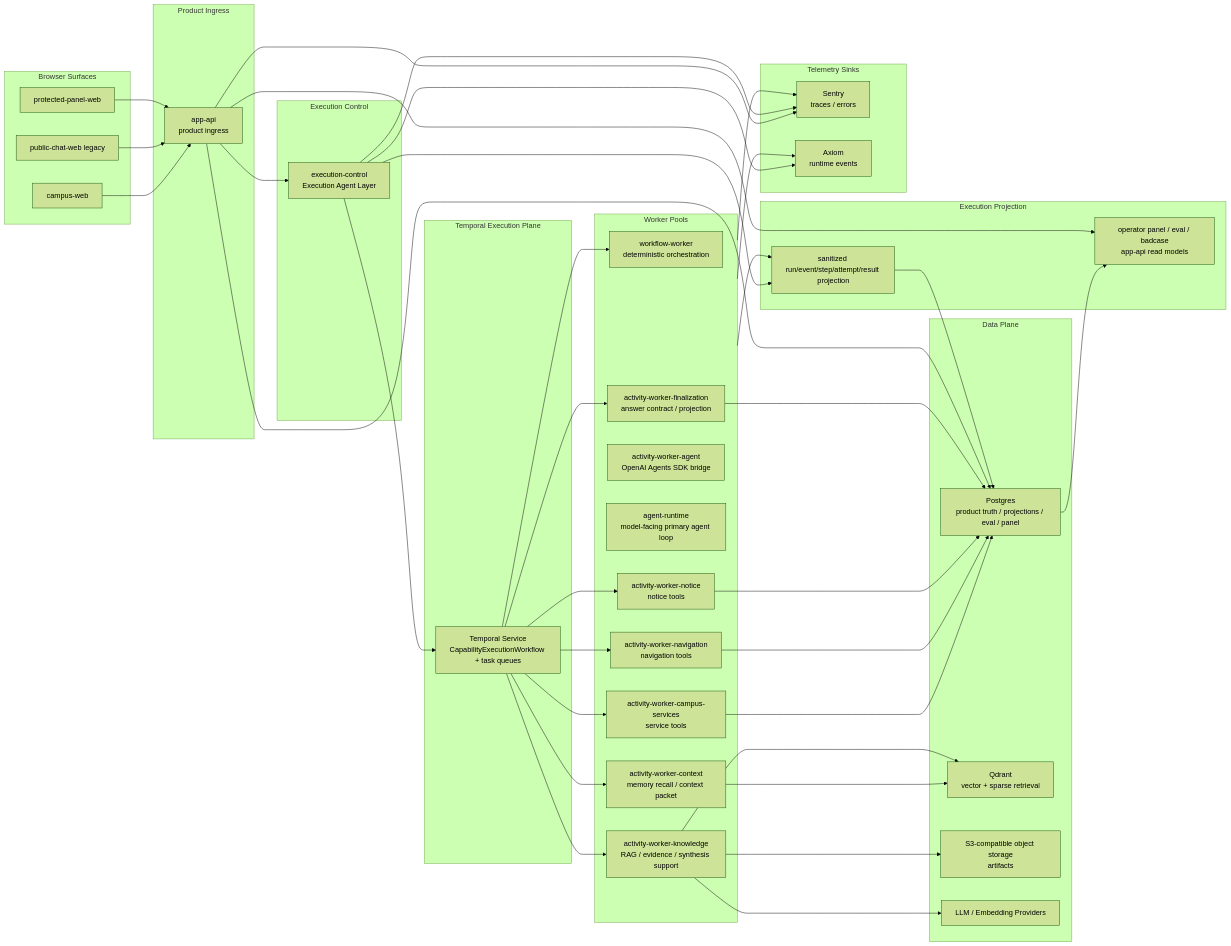
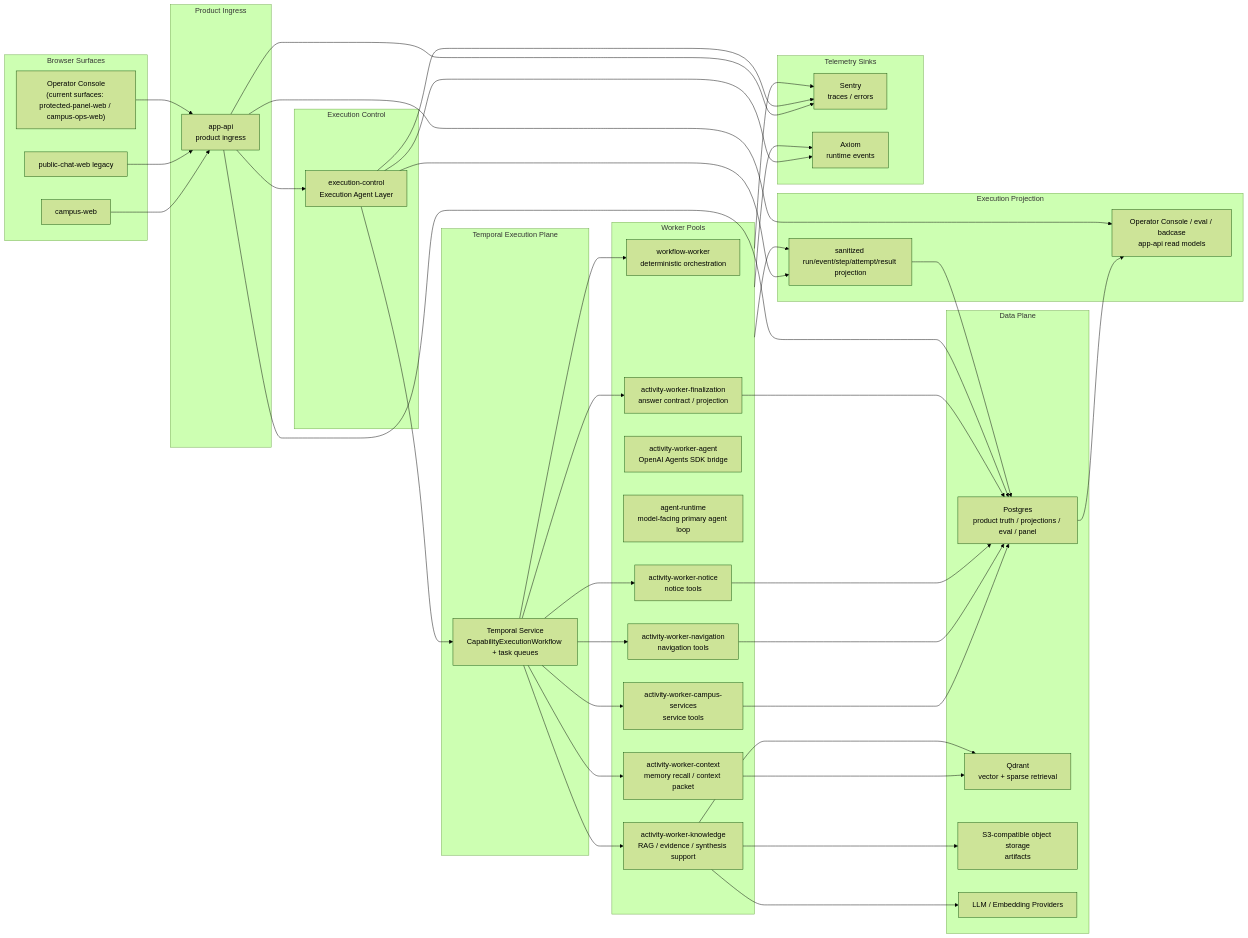
Before and after one commit to Luxfeier22331/campus-agent-main: the diagram in docs/architecture/target-architecture.md, drawn with Mermaid (forest theme). The commit also changed other lines of this file and 38 other files, not shown here.

First line of the commit message:
docs: 统一 Operator Console 文档口径

```diff
--- a/docs/architecture/target-architecture.md
+++ b/docs/architecture/target-architecture.md
@@ -109,7 +109,7 @@
   subgraph Client["Browser Surfaces"]
     Campus["campus-web"]
     Chat["public-chat-web legacy"]
-    Panel["protected-panel-web"]
+    Panel["Operator Console\n(current surfaces: protected-panel-web / campus-ops-web)"]
   end
 
   subgraph ProductIngress["Product Ingress"]
@@ -145,7 +145,7 @@
 
   subgraph ExecutionProjection["Execution Projection"]
     Projection["sanitized run/event/step/attempt/result projection"]
-    PanelOps["operator panel / eval / badcase\napp-api read models"]
+    PanelOps["Operator Console / eval / badcase\napp-api read models"]
   end
 
   subgraph TelemetrySinks["Telemetry Sinks"]
```
